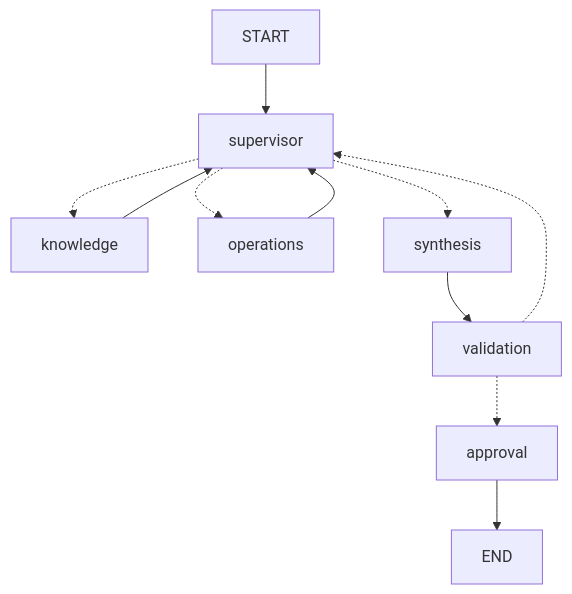
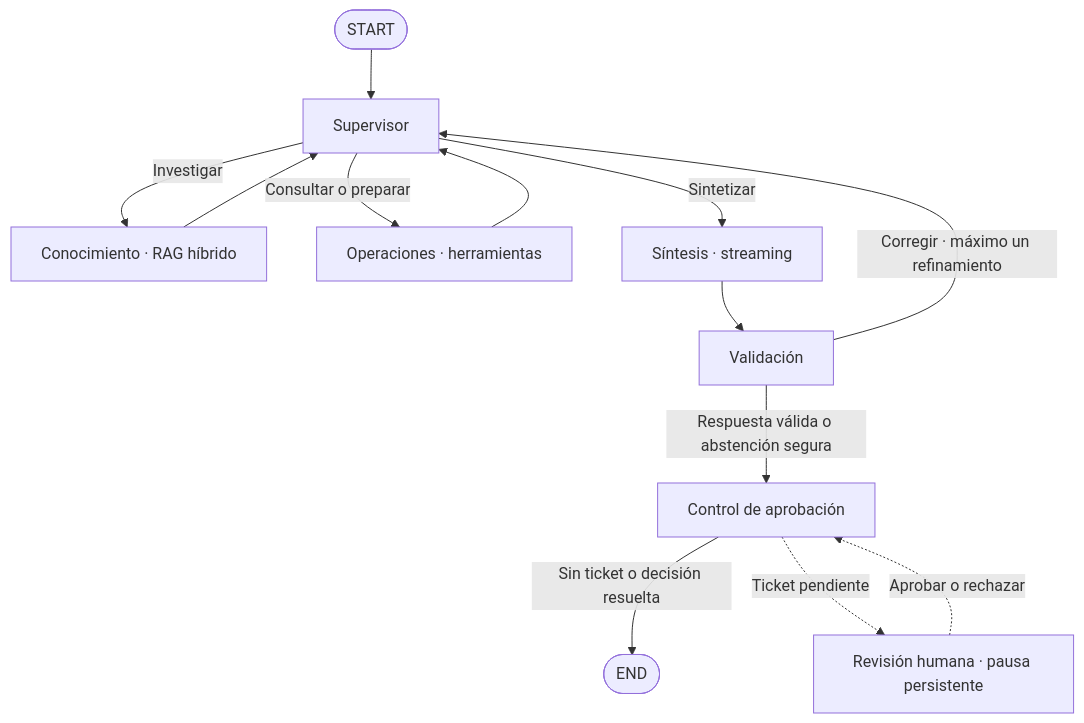
One commit to NachoEstevo/saas-support-intelligence changed the diagram in README.md. Above: the diagram before and after it, drawn with Mermaid. The commit also changed other lines of this file and 27 other files, not shown here.

````diff
--- a/README.md
+++ b/README.md
@@ -54,13 +99,15 @@
 ```mermaid
-graph TD
-    START --> supervisor
-    supervisor -.-> knowledge
-    supervisor -.-> operations
-    supervisor -.-> synthesis
+flowchart TD
+    start([START]) --> supervisor[Supervisor]
+    supervisor -->|Investigar| knowledge[Conocimiento · RAG híbrido]
+    supervisor -->|Consultar o preparar| operations[Operaciones · herramientas]
     knowledge --> supervisor
     operations --> supervisor
-    synthesis --> validation
-    validation -.-> supervisor
-    validation -.-> approval
-    approval --> END
+    supervisor -->|Sintetizar| synthesis[Síntesis · streaming]
+    synthesis --> validation[Validación]
+    validation -->|Corregir · máximo un refinamiento| supervisor
+    validation -->|Respuesta válida o abstención segura| approval[Control de aprobación]
+    approval -->|Sin ticket o decisión resuelta| finish([END])
+    approval -.->|Ticket pendiente| review[Revisión humana · pausa persistente]
+    review -.->|Aprobar o rechazar| approval
 ```
````
